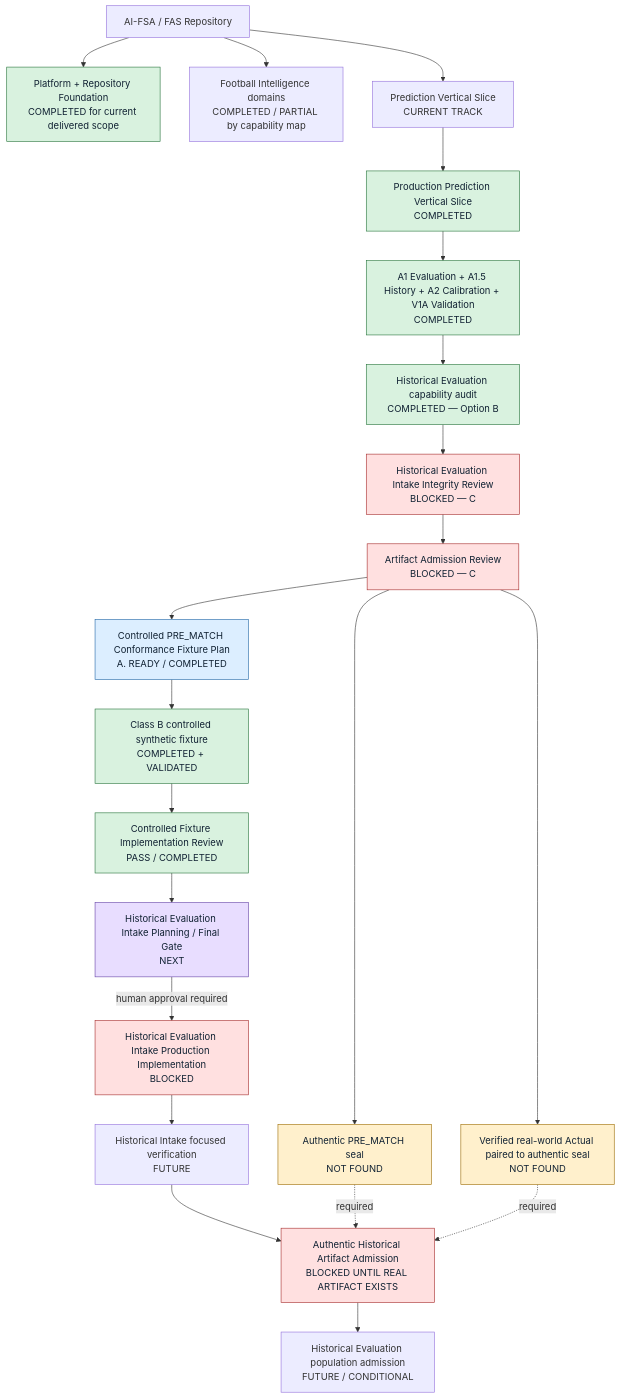
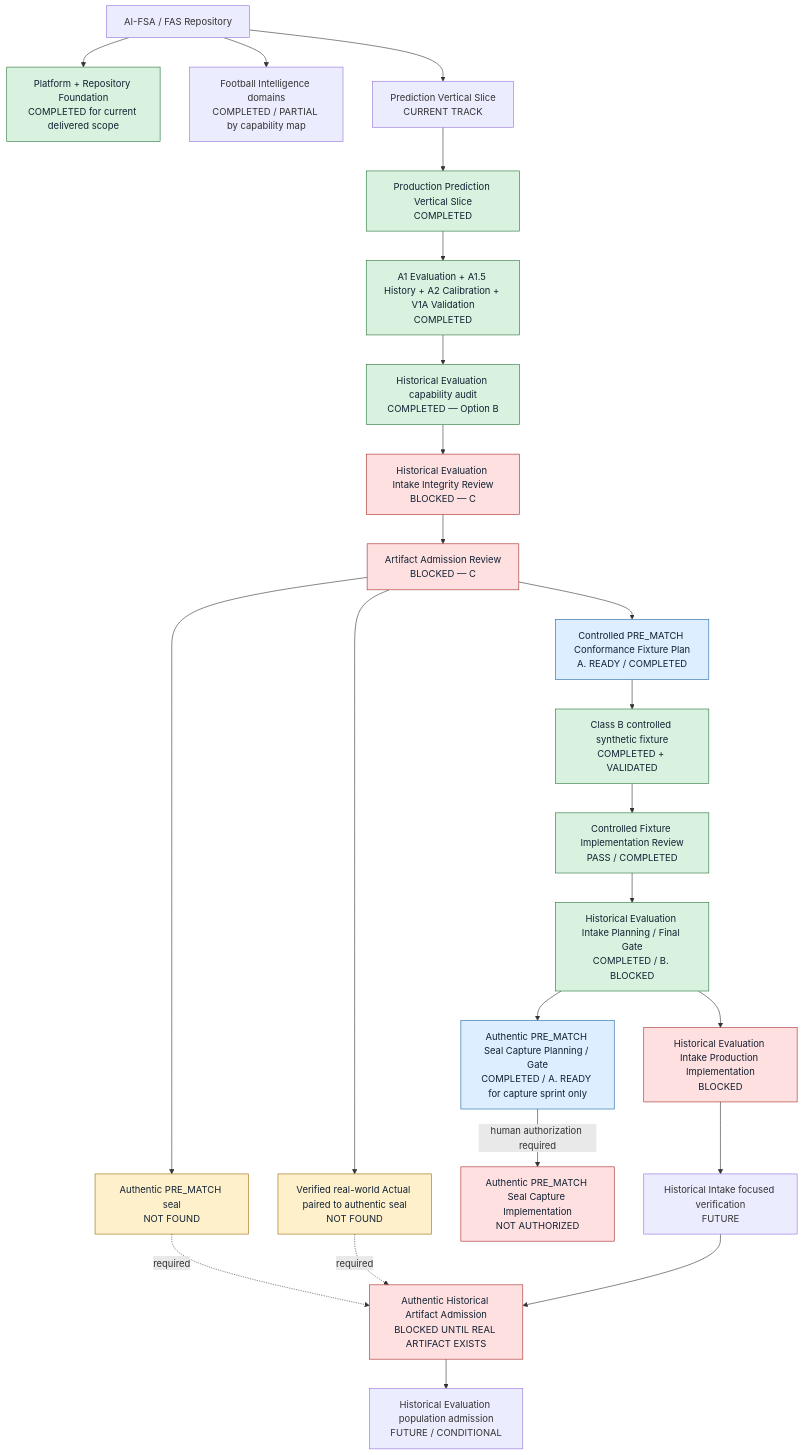
The diagram in docs/PROJECT_STATE.md (chenpengfeidp/ai-FSA), drawn with Mermaid before and after one commit. The commit also changed other lines of this file and 2 other files, not shown here.

First line of the commit message:
docs(sprints): 记录 PRE_MATCH 封印捕获门禁

````diff
--- a/docs/PROJECT_STATE.md
+++ b/docs/PROJECT_STATE.md
@@ -85,42 +89,43 @@
 ```mermaid
 flowchart TD
   FAS["AI-FSA / FAS Repository"]
   PLATFORM["Platform + Repository Foundation<br/>COMPLETED for current delivered scope"]
   FI["Football Intelligence domains<br/>COMPLETED / PARTIAL by capability map"]
   PVS["Prediction Vertical Slice<br/>CURRENT TRACK"]
 
   FAS --> PLATFORM
   FAS --> FI
   FAS --> PVS
 
   PVS --> PVS1["Production Prediction Vertical Slice<br/>COMPLETED"]
   PVS1 --> EVAL["A1 Evaluation + A1.5 History + A2 Calibration + V1A Validation<br/>COMPLETED"]
   EVAL --> AUDIT["Historical Evaluation capability audit<br/>COMPLETED — Option B"]
   AUDIT --> INTEGRITY["Historical Evaluation Intake Integrity Review<br/>BLOCKED — C"]
   INTEGRITY --> ADMISSION["Artifact Admission Review<br/>BLOCKED — C"]
 
   ADMISSION --> SEAL["Authentic PRE_MATCH seal<br/>NOT FOUND"]
   ADMISSION --> ACTUAL["Verified real-world Actual paired to authentic seal<br/>NOT FOUND"]
   ADMISSION --> PLAN["Controlled PRE_MATCH Conformance Fixture Plan<br/>A. READY / COMPLETED"]
   PLAN --> FIXTURE["Class B controlled synthetic fixture<br/>COMPLETED + VALIDATED"]
   FIXTURE --> CURRENT["Controlled Fixture Implementation Review<br/>PASS / COMPLETED"]
-  CURRENT --> FINALPLAN["Historical Evaluation Intake Planning / Final Gate<br/>NEXT"]
-  FINALPLAN -->|human approval required| PROD["Historical Evaluation Intake Production Implementation<br/>BLOCKED"]
+  CURRENT --> FINALPLAN["Historical Evaluation Intake Planning / Final Gate<br/>COMPLETED / B. BLOCKED"]
+  FINALPLAN --> SEALPLAN["Authentic PRE_MATCH Seal Capture Planning / Gate<br/>COMPLETED / A. READY for capture sprint only"]
+  SEALPLAN -->|human authorization required| SEALIMPL["Authentic PRE_MATCH Seal Capture Implementation<br/>NOT AUTHORIZED"]
+  FINALPLAN --> PROD["Historical Evaluation Intake Production Implementation<br/>BLOCKED"]
   PROD --> VERIFY["Historical Intake focused verification<br/>FUTURE"]
   VERIFY --> REALADMIT["Authentic Historical Artifact Admission<br/>BLOCKED UNTIL REAL ARTIFACT EXISTS"]
   SEAL -. required .-> REALADMIT
   ACTUAL -. required .-> REALADMIT
   REALADMIT --> POP["Historical Evaluation population admission<br/>FUTURE / CONDITIONAL"]
 
   classDef completed fill:#d9f2df,stroke:#26733a,color:#123;
   classDef ready fill:#dceeff,stroke:#2166a5,color:#123;
   classDef blocked fill:#ffe0e0,stroke:#a52a2a,color:#123;
   classDef missing fill:#fff0cc,stroke:#9b6b00,color:#123;
   classDef next fill:#e8ddff,stroke:#6542a6,color:#123;
 
-  class PLATFORM,PVS1,EVAL,AUDIT,FIXTURE,CURRENT completed;
-  class PLAN ready;
-  class INTEGRITY,ADMISSION,PROD,REALADMIT blocked;
+  class PLATFORM,PVS1,EVAL,AUDIT,FIXTURE,CURRENT,FINALPLAN completed;
+  class PLAN,SEALPLAN ready;
+  class INTEGRITY,ADMISSION,PROD,REALADMIT,SEALIMPL blocked;
   class SEAL,ACTUAL missing;
-  class FINALPLAN next;
 ```
````
